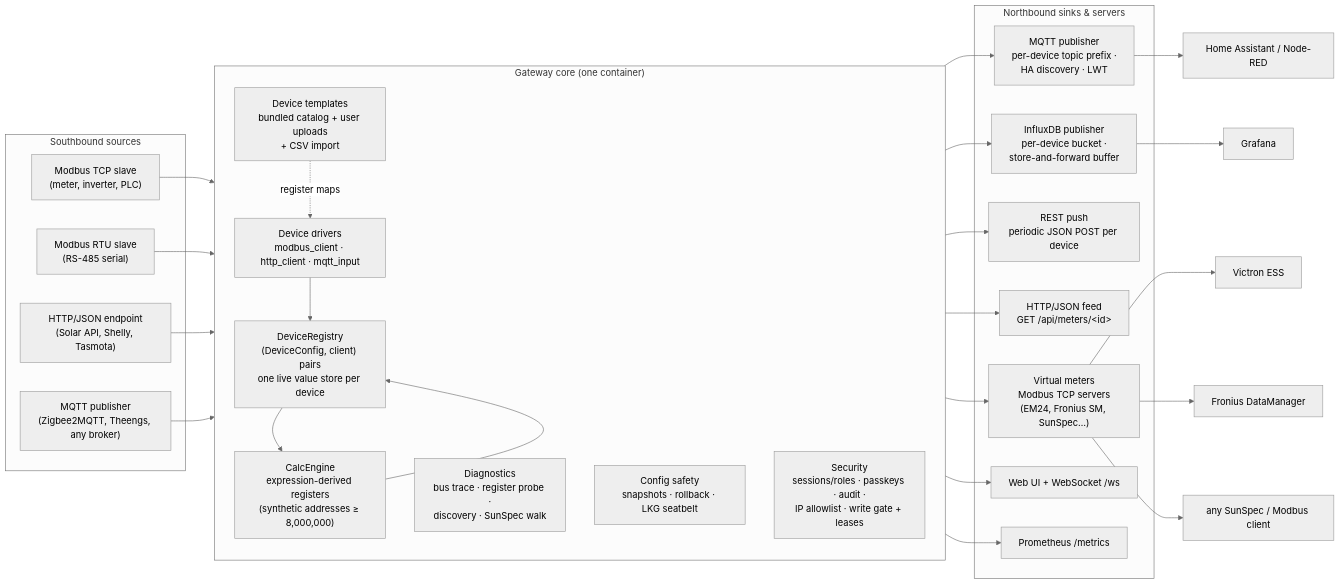
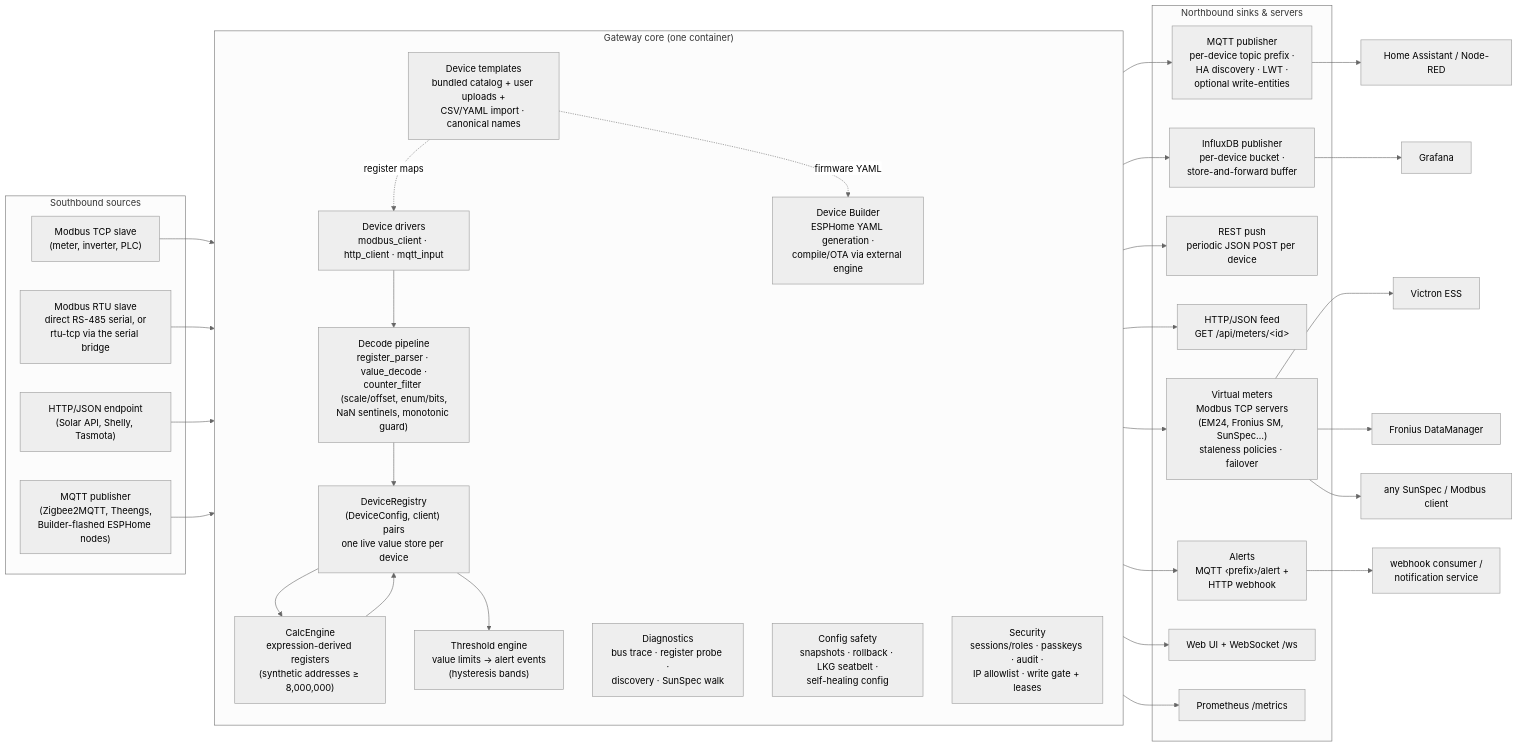
Before and after one commit to sm26449/multi-bus-gateway: the first of 4 diagrams in docs/architecture.md, drawn with Mermaid (neutral theme). The commit also changed other lines of this file and 10 other files, not shown here.

````diff
--- a/docs/architecture.md
+++ b/docs/architecture.md
@@ -16,53 +20,61 @@
 ```mermaid
 flowchart LR
     subgraph SOUTH["Southbound sources"]
         MT["Modbus TCP slave<br/>(meter, inverter, PLC)"]
-        MR["Modbus RTU slave<br/>(RS-485 serial)"]
+        MR["Modbus RTU slave<br/>direct RS-485 serial, or<br/>rtu-tcp via the serial bridge"]
         HJ["HTTP/JSON endpoint<br/>(Solar API, Shelly, Tasmota)"]
-        MI["MQTT publisher<br/>(Zigbee2MQTT, Theengs, any broker)"]
+        MI["MQTT publisher<br/>(Zigbee2MQTT, Theengs,<br/>Builder-flashed ESPHome nodes)"]
     end
 
     subgraph CORE["Gateway core (one container)"]
         direction TB
         DRV["Device drivers<br/>modbus_client · http_client · mqtt_input"]
+        DEC["Decode pipeline<br/>register_parser · value_decode ·<br/>counter_filter (scale/offset, enum/bits,<br/>NaN sentinels, monotonic guard)"]
         REG["DeviceRegistry<br/>(DeviceConfig, client) pairs<br/>one live value store per device"]
         CALC["CalcEngine<br/>expression-derived registers<br/>(synthetic addresses ≥ 8,000,000)"]
-        TPL["Device templates<br/>bundled catalog + user uploads<br/>+ CSV import"]
+        THR["Threshold engine<br/>value limits → alert events<br/>(hysteresis bands)"]
+        TPL["Device templates<br/>bundled catalog + user uploads +<br/>CSV/YAML import · canonical names"]
+        BLD["Device Builder<br/>ESPHome YAML generation ·<br/>compile/OTA via external engine"]
         DIAG["Diagnostics<br/>bus trace · register probe ·<br/>discovery · SunSpec walk"]
-        SAFE["Config safety<br/>snapshots · rollback · LKG seatbelt"]
+        SAFE["Config safety<br/>snapshots · rollback · LKG seatbelt ·<br/>self-healing config"]
         SEC["Security<br/>sessions/roles · passkeys · audit ·<br/>IP allowlist · write gate + leases"]
-        DRV --> REG
+        DRV --> DEC --> REG
         TPL -.->|register maps| DRV
+        TPL -.->|firmware YAML| BLD
         REG --> CALC
         CALC --> REG
+        REG --> THR
     end
 
     subgraph NORTH["Northbound sinks & servers"]
-        MQ["MQTT publisher<br/>per-device topic prefix ·<br/>HA discovery · LWT"]
+        MQ["MQTT publisher<br/>per-device topic prefix ·<br/>HA discovery · LWT ·<br/>optional write-entities"]
         IX["InfluxDB publisher<br/>per-device bucket ·<br/>store-and-forward buffer"]
         RP["REST push<br/>periodic JSON POST per device"]
         HO["HTTP/JSON feed<br/>GET /api/meters/&lt;id&gt;"]
-        VM["Virtual meters<br/>Modbus TCP servers<br/>(EM24, Fronius SM, SunSpec…)"]
+        VM["Virtual meters<br/>Modbus TCP servers<br/>(EM24, Fronius SM, SunSpec…)<br/>staleness policies · failover"]
+        AL["Alerts<br/>MQTT ‹prefix›/alert +<br/>HTTP webhook"]
         WS["Web UI + WebSocket /ws"]
         PM["Prometheus /metrics"]
     end
 
     MT --> DRV
     MR --> DRV
     HJ --> DRV
     MI --> DRV
 
     REG --> MQ
     REG --> IX
     REG --> RP
     REG --> HO
     REG --> VM
     REG --> WS
     REG --> PM
+    THR --> AL
 
     VM --> C1["Victron ESS"]
     VM --> C2["Fronius DataManager"]
     VM --> C3["any SunSpec / Modbus client"]
     MQ --> HA["Home Assistant / Node-RED"]
     IX --> GF["Grafana"]
+    AL --> NX["webhook consumer /<br/>notification service"]
 ```
````
